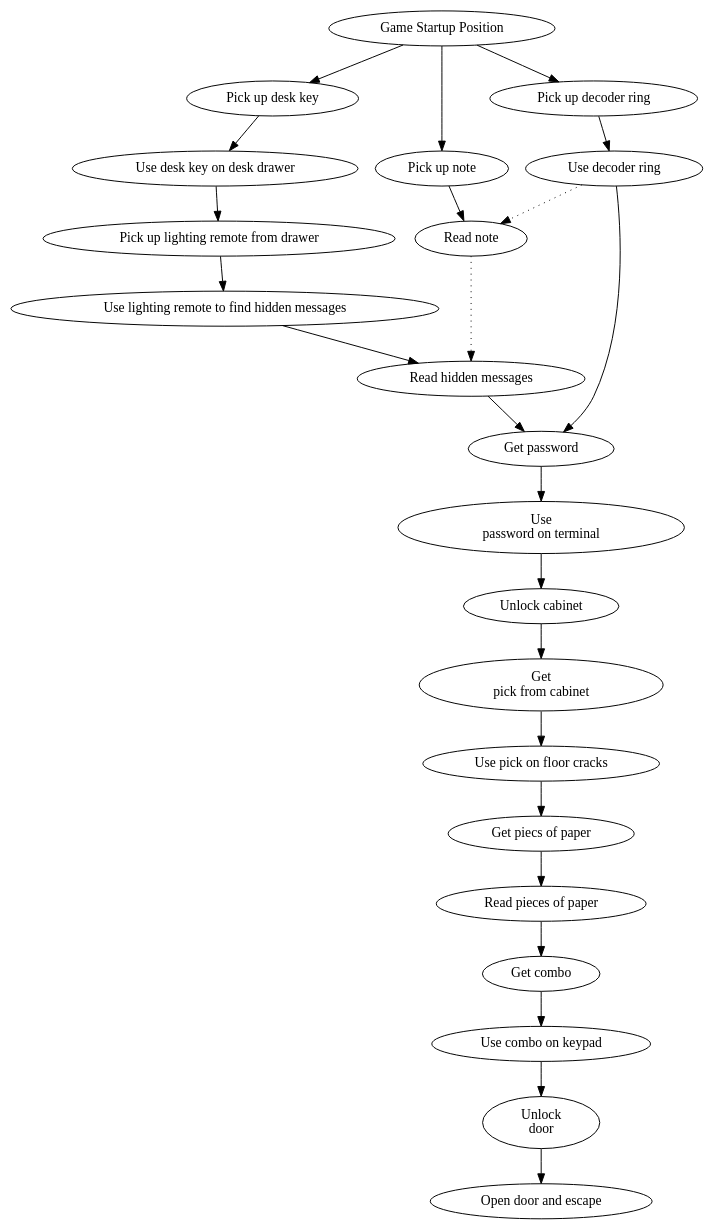
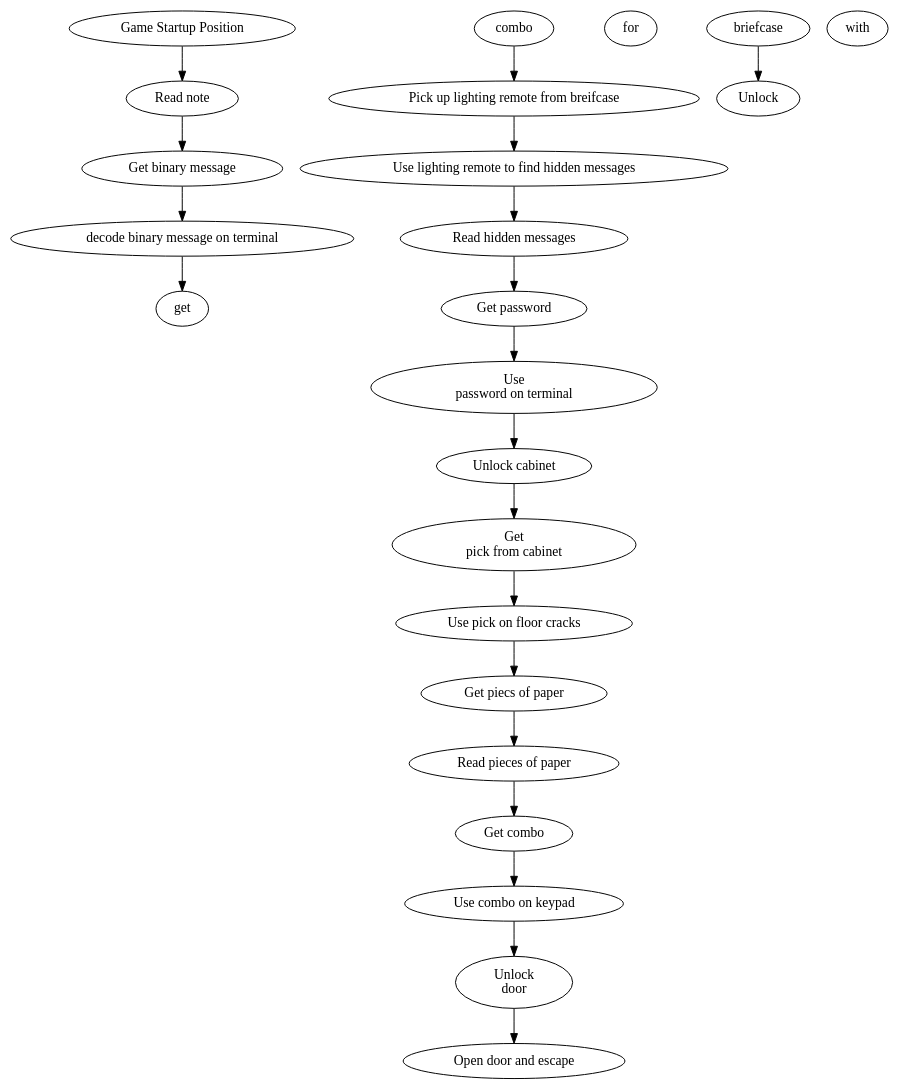
The diagram in concept/flowofcs.gv (WillBatchelor/CardinalEscape), drawn with Graphviz before and after one commit. The commit also changed 1 other file, not shown here.

Commit message:
Made some changes to the flow of the game.

```diff
--- a/concept/flowofcs.gv
+++ b/concept/flowofcs.gv
@@ -1,20 +1,15 @@
 digraph G {
 	/* Graph to outline Cardinal Escape Game Flow
 		12/20/2018 */
 		
-	"Game Startup Position" -> "Pick up desk key" 
-	-> "Use desk key on desk drawer" -> 
-	"Pick up lighting remote from drawer" -> 
+	"Game Startup Position" -> "Read note" 
+	-> "Get binary message" -> "decode binary message on terminal" ->  get combo for briefcase
+	-> Unlock briefcase with combo -> "Pick up lighting remote from breifcase" -> 
 	"Use lighting remote to find hidden messages" -> 
 	"Read hidden messages" -> "Get password" -> "Use 
 	password on terminal" -> "Unlock cabinet" -> "Get 
 	pick from cabinet" -> "Use pick on floor cracks" 
 	-> "Get piecs of paper" -> "Read pieces of paper" 
 	-> "Get combo" -> "Use combo on keypad" -> "Unlock 
 	door" -> "Open door and escape";
-	"Game Startup Position" -> "Pick up note" -> "Read note";
-	"Read note" -> "Read hidden messages" [style=dotted];
-	"Game Startup Position" -> "Pick up decoder ring" -> "Use decoder ring";
-	"Use decoder ring" -> "Read note" [style=dotted];
-	"Use decoder ring" -> "Get password";
-	}
+		}
```
